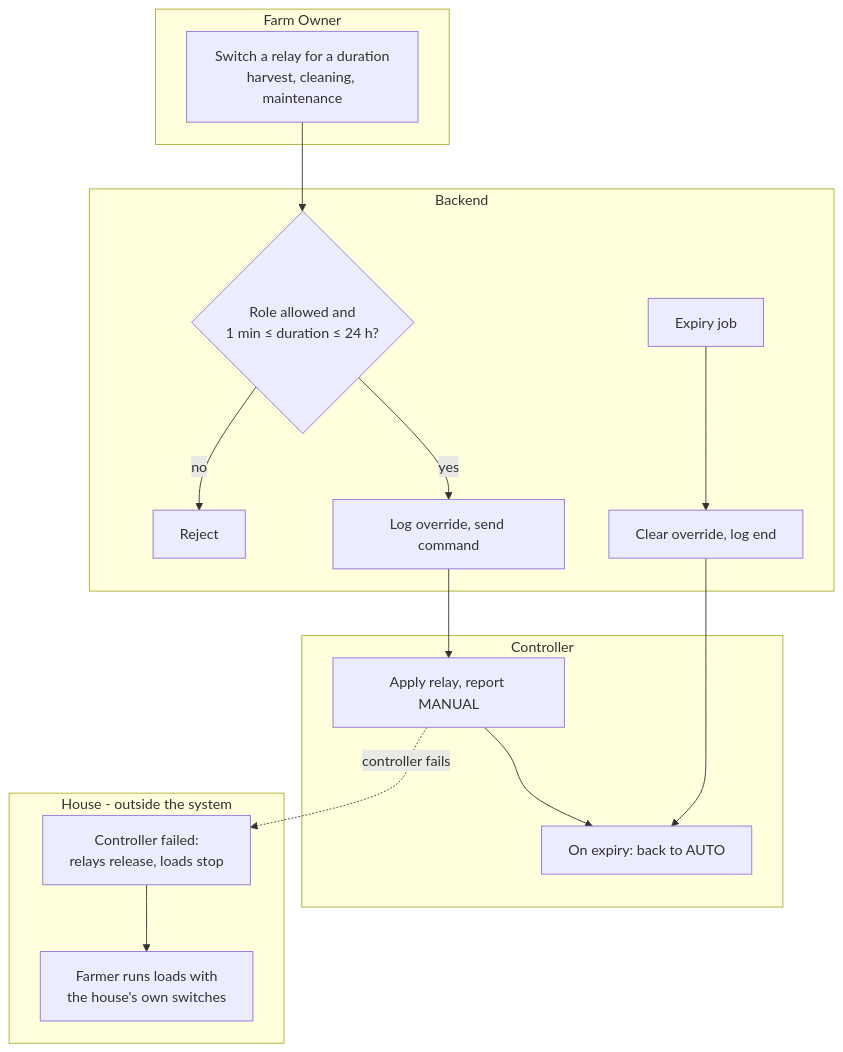
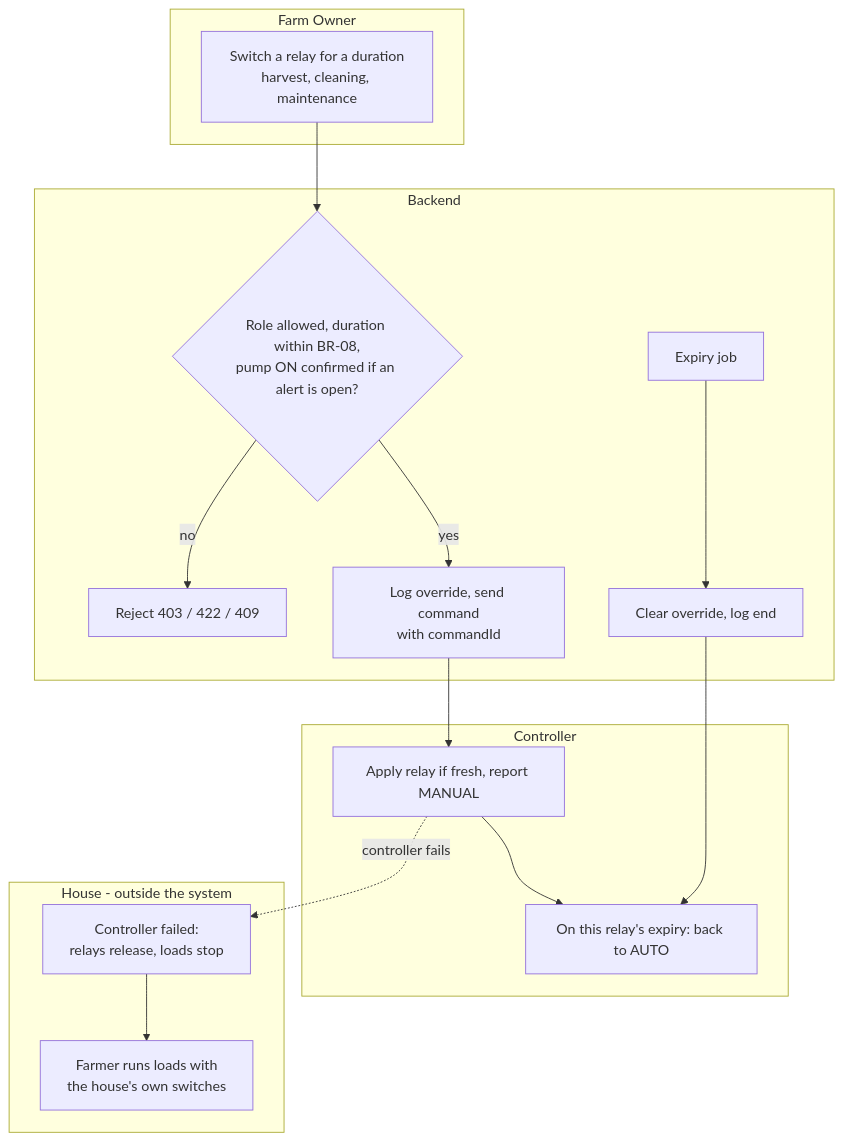
One commit to NBao261/SwiftletCare_KLTN changed diagram 29 of 35 in docs/reports/report4-sdd.md. Above: the diagram before and after it, drawn with Mermaid. The commit also changed other lines of this file and 21 other files, not shown here.

````diff
--- a/docs/reports/report4-sdd.md
+++ b/docs/reports/report4-sdd.md
@@ -1083,21 +1206,21 @@
 ```mermaid
 flowchart TB
   subgraph O[Farm Owner]
     O1[Switch a relay for a duration<br/>harvest, cleaning, maintenance]
   end
   subgraph B[Backend]
-    B1{Role allowed and<br/>1 min ≤ duration ≤ 24 h?} -- no --> B2[Reject]
-    B1 -- yes --> B3[Log override, send command]
+    B1{Role allowed, duration within BR-08,<br/>pump ON confirmed if an alert is open?} -- no --> B2[Reject 403 / 422 / 409]
+    B1 -- yes --> B3[Log override, send command<br/>with commandId]
     B4[Expiry job] --> B5[Clear override, log end]
   end
   subgraph C[Controller]
-    C1[Apply relay, report MANUAL] --> C2[On expiry: back to AUTO]
+    C1[Apply relay if fresh, report MANUAL] --> C2[On this relay's expiry: back to AUTO]
   end
   subgraph H[House - outside the system]
     H1[Controller failed:<br/>relays release, loads stop] --> H2[Farmer runs loads with<br/>the house's own switches]
   end
   O1 --> B1
   B3 --> C1
   B5 --> C2
   C1 -. controller fails .-> H1
 ```
````
